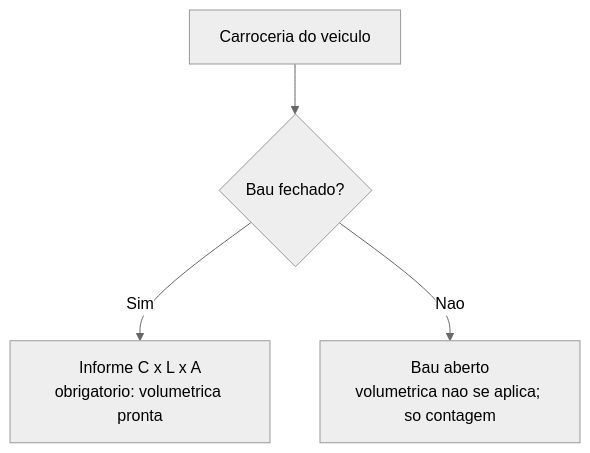
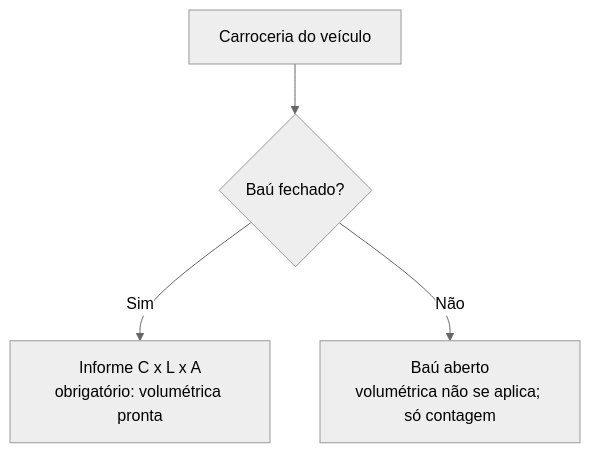
One commit to LocFlowTeam/locflow-docs changed the diagram in cadastros/frota-capacidade.md. Above: the diagram before and after it, drawn with Mermaid (neutral theme). The commit also changed other lines of this file and 18 other files, not shown here.

First line of the commit message:
A frota fala de tipos de veículo e grupos, e o "?" da Frota deixa de abrir páginas que não existiam

````diff
--- a/cadastros/frota-capacidade.md
+++ b/cadastros/frota-capacidade.md
@@ -93,6 +104,6 @@
 ```mermaid
 flowchart TD
-    A[Carroceria do veiculo] --> B{Bau fechado?}
-    B -- Sim --> C[Informe C x L x A<br/>obrigatorio: volumetrica pronta]
-    B -- Nao --> D[Bau aberto<br/>volumetrica nao se aplica; so contagem]
+    A[Carroceria do veículo] --> B{Baú fechado?}
+    B -- Sim --> C[Informe C x L x A<br/>obrigatório: volumétrica pronta]
+    B -- Não --> D[Baú aberto<br/>volumétrica não se aplica; só contagem]
 ```
````
